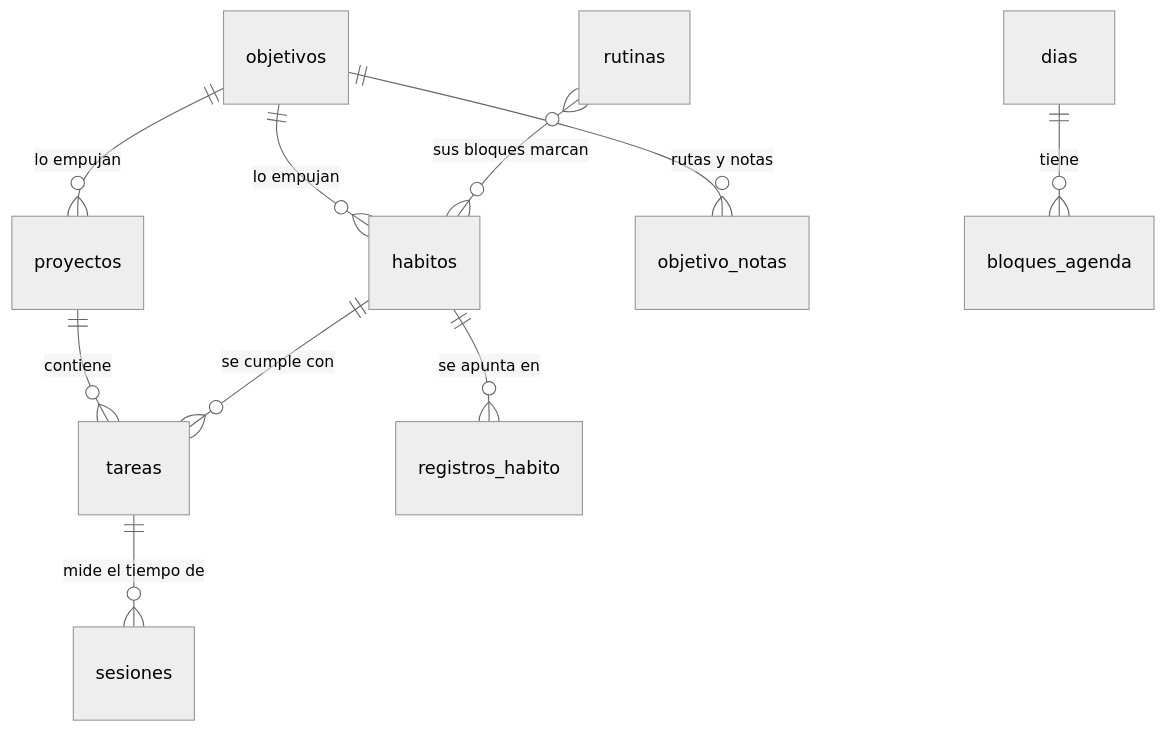
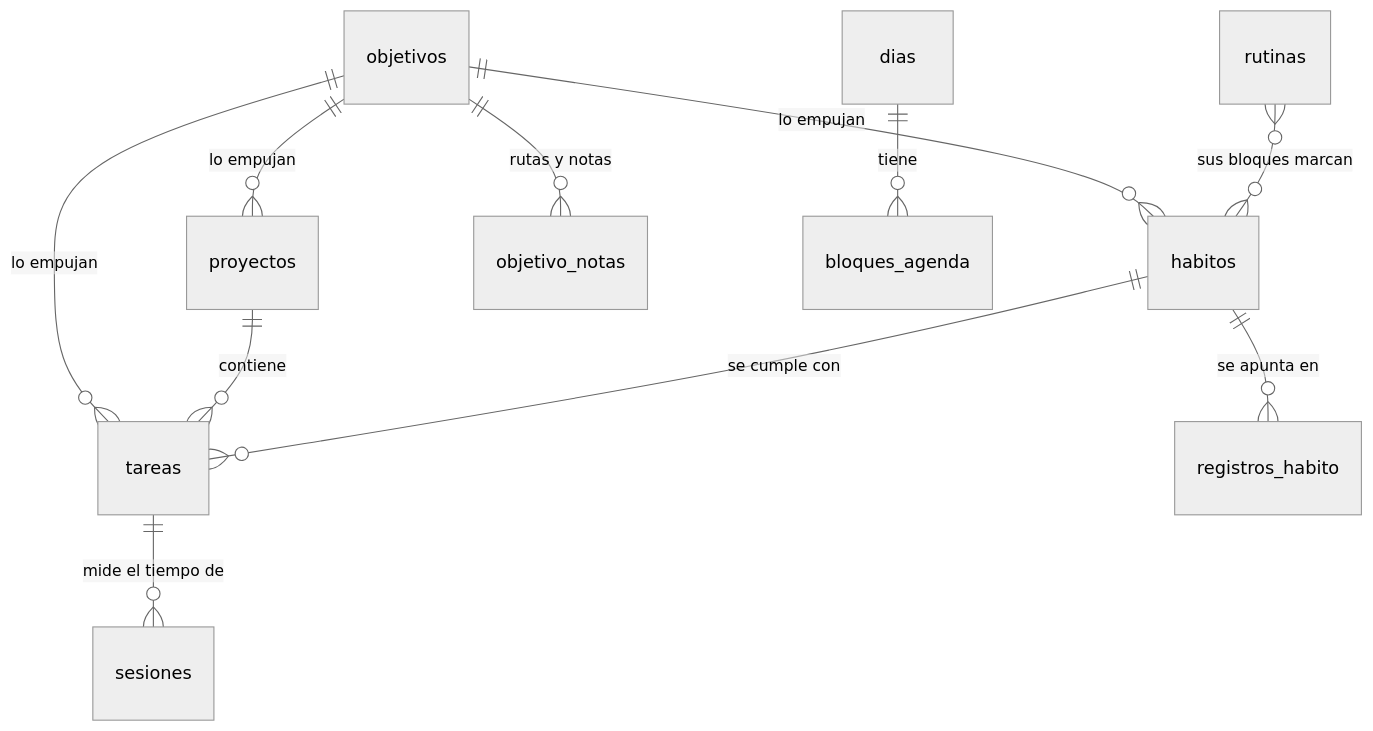
The diagram in docs/modelo-de-datos.md (angelgmx/rumbo), drawn with Mermaid (neutral theme) before and after one commit. The commit also changed other lines of this file and 10 other files, not shown here.

````diff
--- a/docs/modelo-de-datos.md
+++ b/docs/modelo-de-datos.md
@@ -25,12 +25,13 @@
 ```mermaid
 erDiagram
   objetivos ||--o{ proyectos : "lo empujan"
   objetivos ||--o{ habitos : "lo empujan"
   objetivos ||--o{ objetivo_notas : "rutas y notas"
+  objetivos ||--o{ tareas : "lo empujan"
   proyectos ||--o{ tareas : contiene
   habitos ||--o{ registros_habito : "se apunta en"
   habitos ||--o{ tareas : "se cumple con"
   rutinas }o--o{ habitos : "sus bloques marcan"
   tareas ||--o{ sesiones : "mide el tiempo de"
   dias ||--o{ bloques_agenda : tiene
 ```
````
